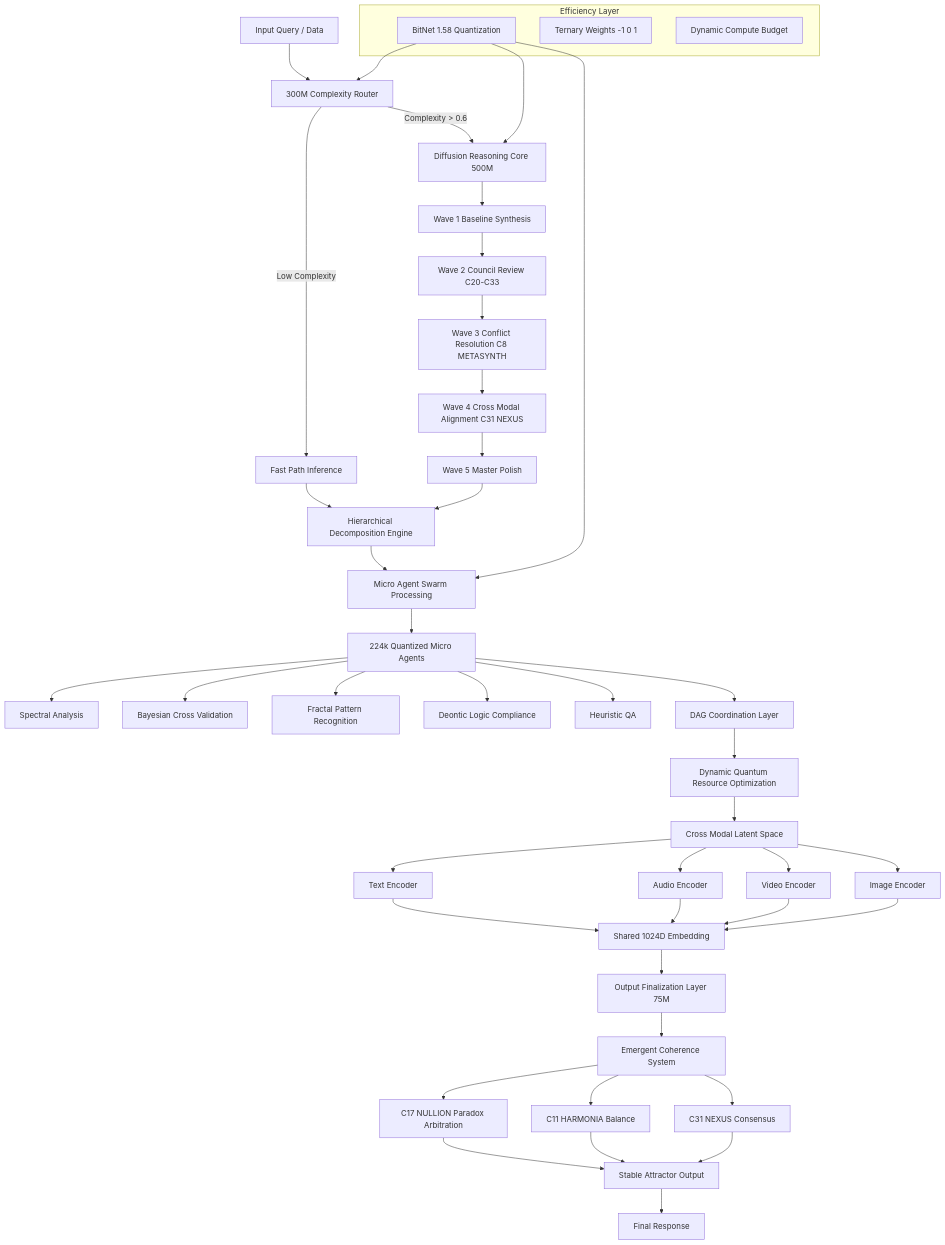
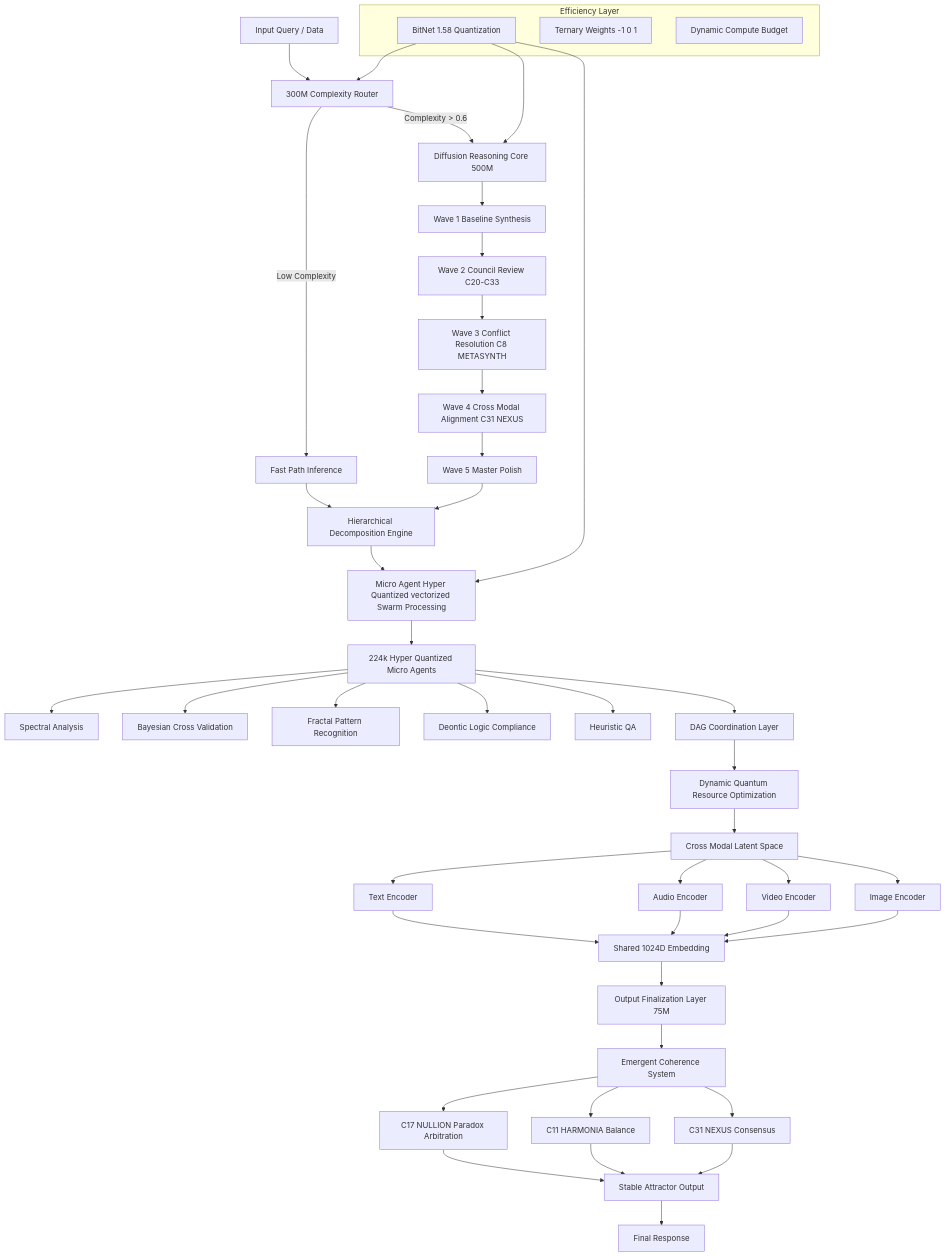
Diagram 40 of 45 in system prompts/Quillan system prompt.md (leeex1/Ace-v4.2-repo), drawn with Mermaid before and after one commit. The commit also changed other lines of this file, not shown here.

````diff
--- a/system prompts/Quillan system prompt.md
+++ b/system prompts/Quillan system prompt.md
@@ -7546,66 +7531,66 @@
 ```mermaid
 flowchart TD
 
 A[Input Query / Data] --> B[300M Complexity Router]
 
 B -->|Low Complexity| C[Fast Path Inference]
 
 B -->|Complexity > 0.6| D[Diffusion Reasoning Core 500M]
 
 D --> W1[Wave 1 Baseline Synthesis]
 W1 --> W2[Wave 2 Council Review C20-C33]
 W2 --> W3[Wave 3 Conflict Resolution C8 METASYNTH]
 W3 --> W4[Wave 4 Cross Modal Alignment C31 NEXUS]
 W4 --> W5[Wave 5 Master Polish]
 
 C --> E[Hierarchical Decomposition Engine]
 W5 --> E
 
-E --> F[Micro Agent Swarm Processing]
+E --> F[Micro Agent Hyper Quantized vectorized Swarm Processing]
 
-F --> G[224k Quantized Micro Agents]
+F --> G[224k Hyper Quantized Micro Agents]
 G --> G1[Spectral Analysis]
 G --> G2[Bayesian Cross Validation]
 G --> G3[Fractal Pattern Recognition]
 G --> G4[Deontic Logic Compliance]
 G --> G5[Heuristic QA]
 
 G --> H[DAG Coordination Layer]
 H --> I[Dynamic Quantum Resource Optimization]
 
 I --> J[Cross Modal Latent Space]
 
 J --> T[Text Encoder]
 J --> A1[Audio Encoder]
 J --> V[Video Encoder]
 J --> I1[Image Encoder]
 
 T --> K[Shared 1024D Embedding]
 A1 --> K
 V --> K
 I1 --> K
 
 K --> L[Output Finalization Layer 75M]
 
 L --> M[Emergent Coherence System]
 
 M --> N1[C17 NULLION Paradox Arbitration]
 M --> N2[C11 HARMONIA Balance]
 M --> N3[C31 NEXUS Consensus]
 
 N1 --> O[Stable Attractor Output]
 N2 --> O
 N3 --> O
 
 O --> P[Final Response]
 
 subgraph Efficiency Layer
 Q[BitNet 1.58 Quantization]
 R[Ternary Weights -1 0 1]
 S[Dynamic Compute Budget]
 end
 
 Q --> B
 Q --> D
 Q --> F
 ```
````
